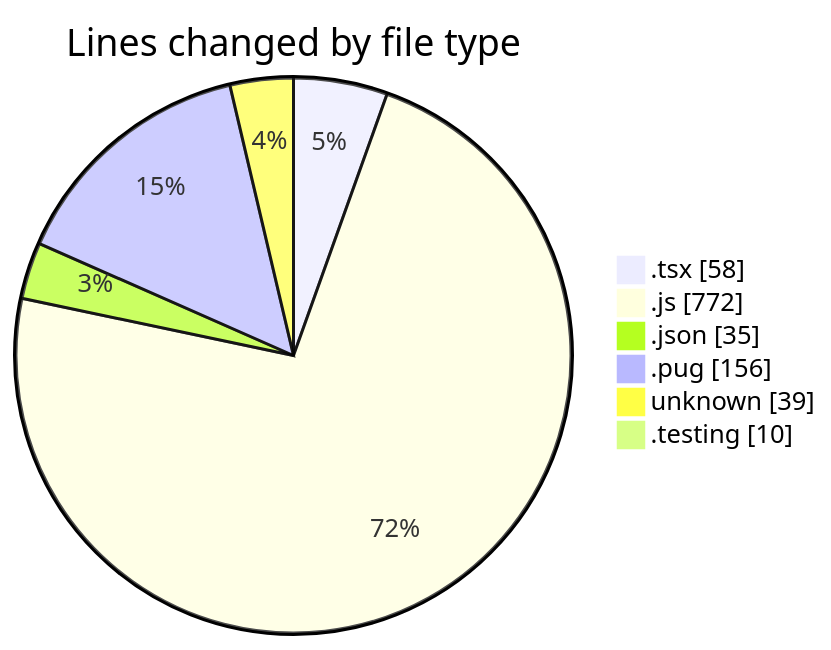
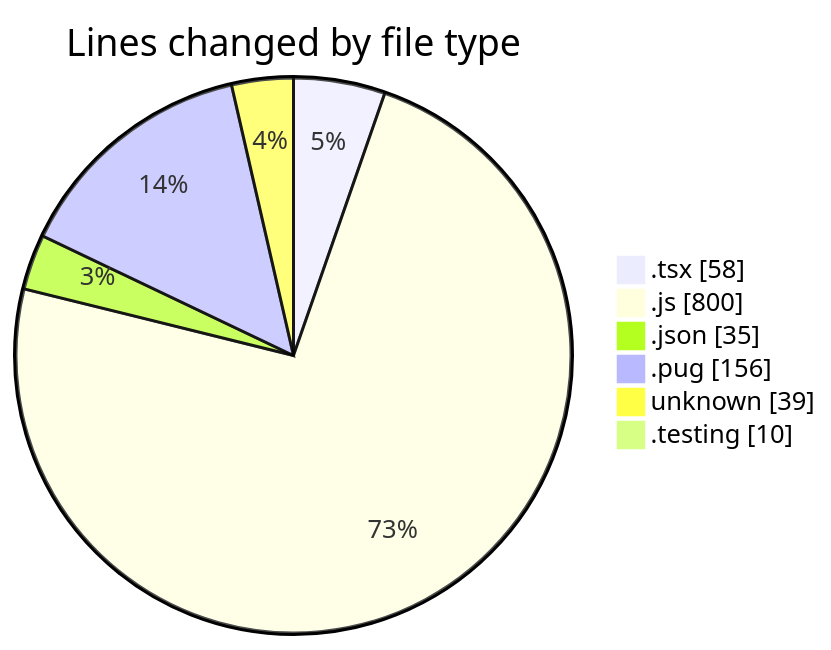
The first of 2 diagrams in 2025-03-07/cda/README.md (momahboobian/code-tracking), drawn with Mermaid before and after one commit. The commit also changed other lines of this file and 1 other file, not shown here.

````diff
--- a/2025-03-07/cda/README.md
+++ b/2025-03-07/cda/README.md
@@ -28,10 +28,10 @@
 ```mermaid
 pie showData
 title Lines changed by file type
 ".tsx" : 58
-".js" : 772
+".js" : 800
 ".json" : 35
 ".pug" : 156
 "unknown" : 39
 ".testing" : 10
 ```
````
